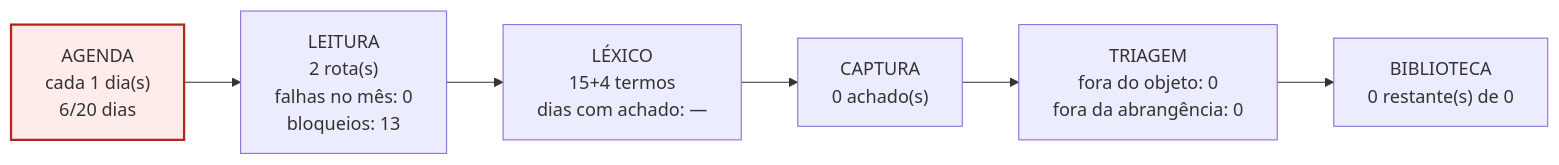
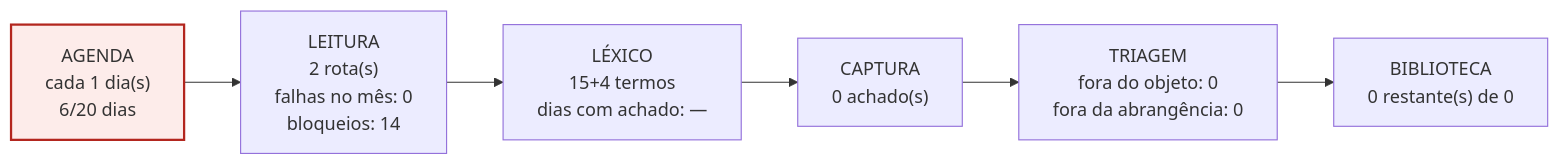
Diagram 14 of 30 in biblioteca_alexandria/pareceres/RELATORIO-MOTORES-INDIVIDUAL-2026-09-24.md (amcjardimamerica-arch/Eldorado), drawn with Mermaid before and after one commit. The commit also changed other lines of this file and 10 other files, not shown here.

````diff
--- a/biblioteca_alexandria/pareceres/RELATORIO-MOTORES-INDIVIDUAL-2026-09-24.md
+++ b/biblioteca_alexandria/pareceres/RELATORIO-MOTORES-INDIVIDUAL-2026-09-24.md
@@ -545,11 +545,11 @@
 ```mermaid
 flowchart LR
   A["AGENDA<br/>cada 1 dia(s)<br/>6/20 dias"]
-  L["LEITURA<br/>2 rota(s)<br/>falhas no mês: 0<br/>bloqueios: 13"]
+  L["LEITURA<br/>2 rota(s)<br/>falhas no mês: 0<br/>bloqueios: 14"]
   X["LÉXICO<br/>15+4 termos<br/>dias com achado: —"]
   C["CAPTURA<br/>0 achado(s)"]
   T["TRIAGEM<br/>fora do objeto: 0<br/>fora da abrangência: 0"]
   B["BIBLIOTECA<br/>0 restante(s) de 0"]
   A --> L --> X --> C --> T --> B
   style A fill:#FDECEA,stroke:#B3261E,stroke-width:2px
 ```
````
